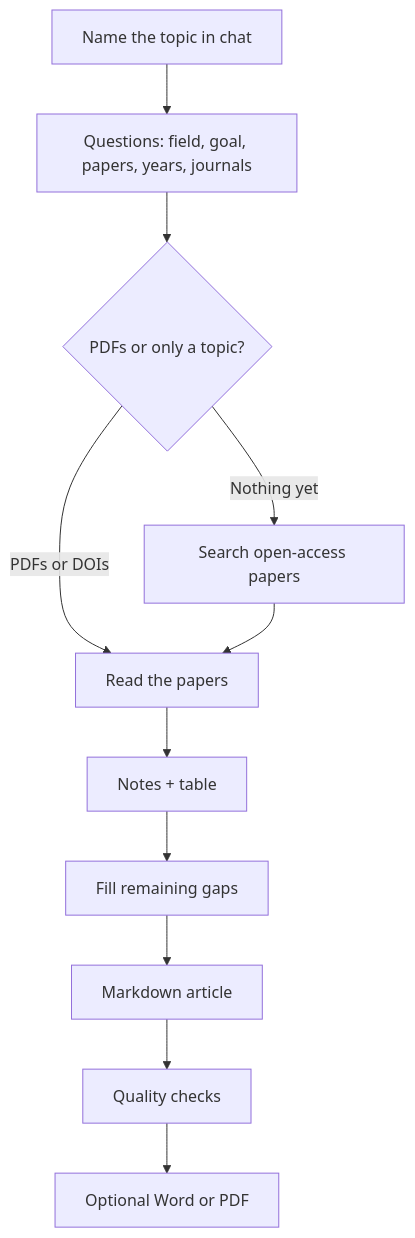
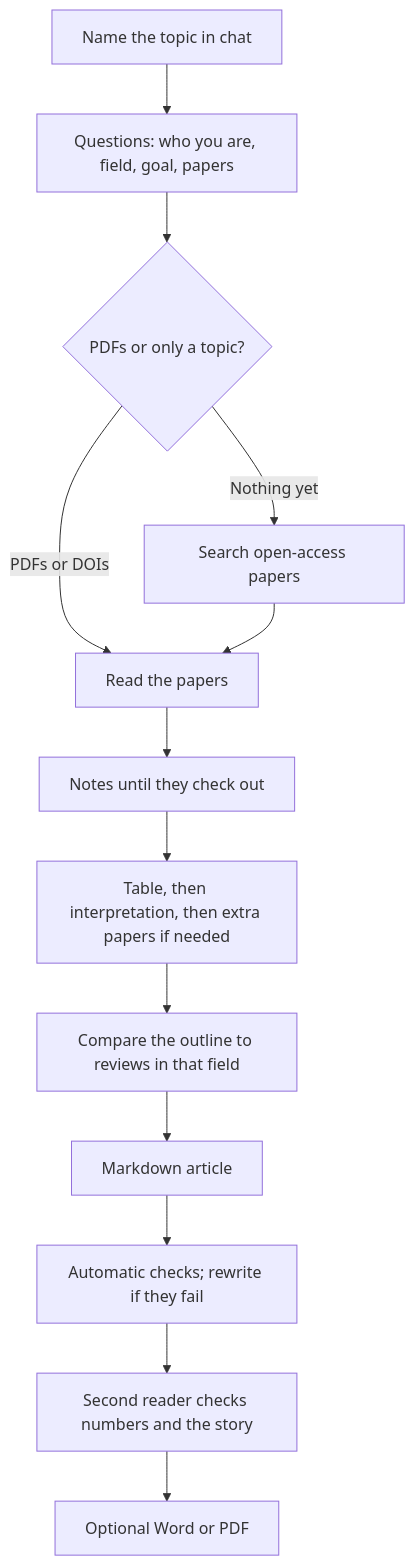
The diagram in README.md (hvianagil-alt/literature-ai-workflow), drawn with Mermaid before and after one commit. The commit also changed other lines of this file and 26 other files, not shown here.

````diff
--- a/README.md
+++ b/README.md
@@ -62,13 +62,15 @@
 ```mermaid
 flowchart TD
-  A[Name the topic in chat] --> B[Questions: field, goal, papers, years, journals]
+  A[Name the topic in chat] --> B[Questions: who you are, field, goal, papers]
   B --> C{PDFs or only a topic?}
   C -->|PDFs or DOIs| D[Read the papers]
   C -->|Nothing yet| E[Search open-access papers]
   E --> D
-  D --> F[Notes + table]
-  F --> G[Fill remaining gaps]
-  G --> H[Markdown article]
-  H --> I[Quality checks]
-  I --> J[Optional Word or PDF]
+  D --> F[Notes until they check out]
+  F --> G[Table, then interpretation, then extra papers if needed]
+  G --> H[Compare the outline to reviews in that field]
+  H --> I[Markdown article]
+  I --> J[Automatic checks; rewrite if they fail]
+  J --> K[Second reader checks numbers and the story]
+  K --> L[Optional Word or PDF]
 ```
````
